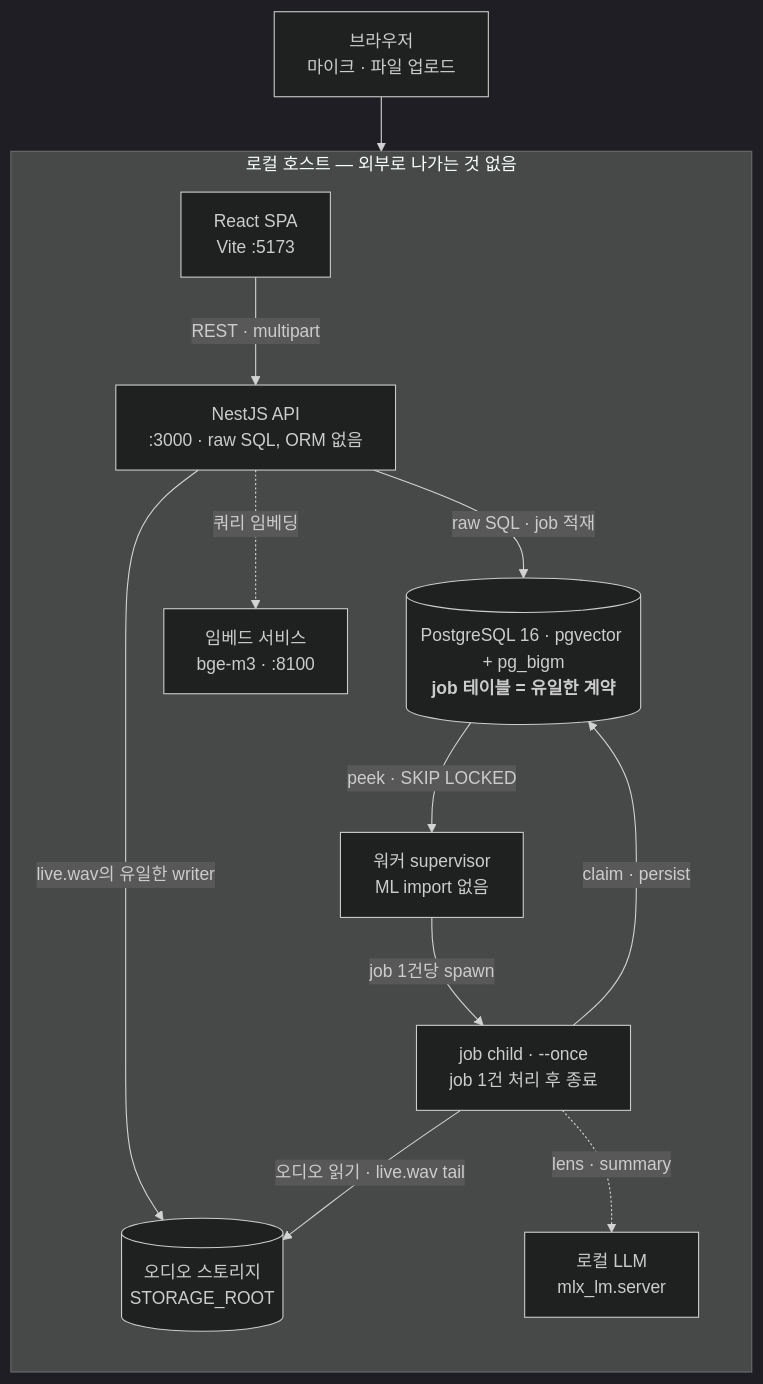
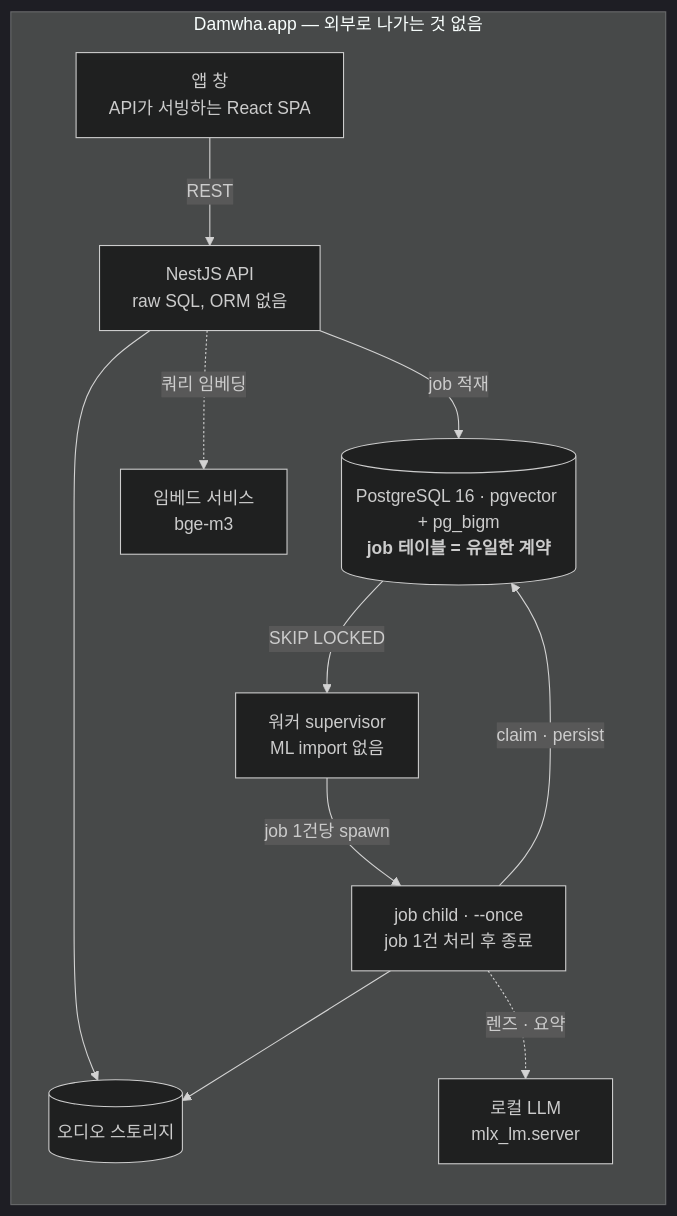
The diagram in README.ko.md (Yjason-K/Damwha), drawn with Mermaid (dark theme) before and after one commit. The commit also changed other lines of this file and 1 other file, not shown here.

````diff
--- a/README.ko.md
+++ b/README.ko.md
@@ -73,27 +112,24 @@
 ```mermaid
 flowchart TB
-  browser["브라우저<br/>마이크 · 파일 업로드"]
-
-  subgraph host["로컬 호스트 — 외부로 나가는 것 없음"]
+  subgraph app["Damwha.app — 외부로 나가는 것 없음"]
     direction TB
-    spa["React SPA<br/>Vite :5173"]
-    api["NestJS API<br/>:3000 · raw SQL, ORM 없음"]
+    ui["앱 창<br/>API가 서빙하는 React SPA"]
+    api["NestJS API<br/>raw SQL, ORM 없음"]
     db[("PostgreSQL 16 · pgvector + pg_bigm<br/><b>job 테이블 = 유일한 계약</b>")]
-    storage[("오디오 스토리지<br/>STORAGE_ROOT")]
-    embed["임베드 서비스<br/>bge-m3 · :8100"]
+    storage[("오디오 스토리지")]
+    embed["임베드 서비스<br/>bge-m3"]
     sup["워커 supervisor<br/>ML import 없음"]
     child["job child · --once<br/>job 1건 처리 후 종료"]
     llm["로컬 LLM<br/>mlx_lm.server"]
   end
 
-  browser --> spa
-  spa -->|"REST · multipart"| api
-  api -->|"raw SQL · job 적재"| db
-  api -->|"live.wav의 유일한 writer"| storage
+  ui -->|"REST"| api
+  api -->|"job 적재"| db
+  api --> storage
   api -.->|"쿼리 임베딩"| embed
-  db -->|"peek · SKIP LOCKED"| sup
+  db -->|"SKIP LOCKED"| sup
   sup -->|"job 1건당 spawn"| child
   child -->|"claim · persist"| db
-  child -->|"오디오 읽기 · live.wav tail"| storage
-  child -.->|"lens · summary"| llm
+  child --> storage
+  child -.->|"렌즈 · 요약"| llm
 ```
````
